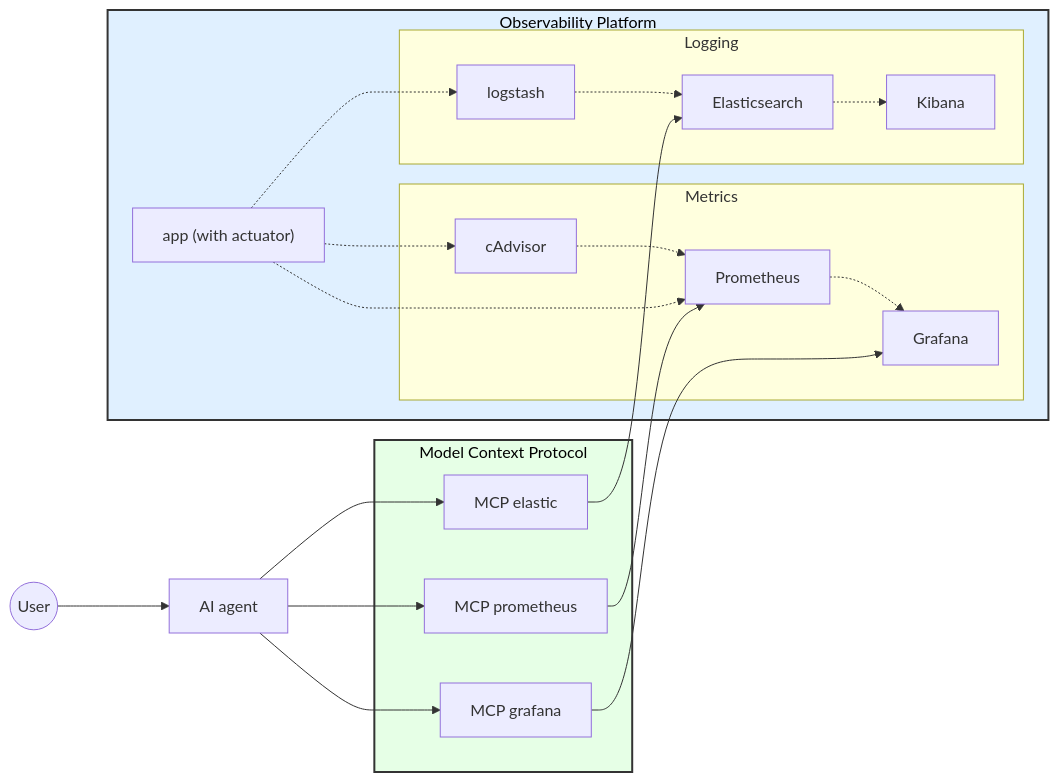
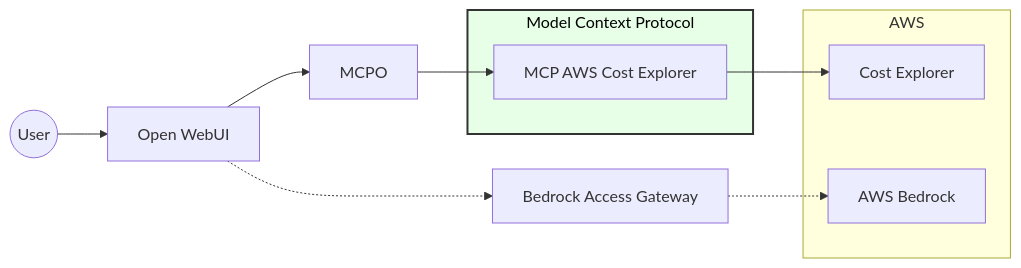
One commit to sheyko94/mcpo changed the diagram in README.md. Above: the diagram before and after it, drawn with Mermaid. The commit also changed other lines of this file and 4 other files, not shown here.

Commit message:
MCP AWS Cost Explorer

````diff
--- a/README.md
+++ b/README.md
@@ -9,60 +5,36 @@
 ```mermaid
 flowchart LR
-  %% Styling
-  classDef observability fill:#e0f0ff,stroke:#333,stroke-width:2px,color:#000
   classDef mcp fill:#e6ffe6,stroke:#333,stroke-width:2px,color:#000
 
-  %% Left side: Observability Platform
-  subgraph Observability[Observability Platform]
-    app["app (with actuator)"]
-    
-    subgraph Metrics
-      cadvisor["cAdvisor"]
-      prom["Prometheus"]
-      graf["Grafana"]
-    end
-
-    subgraph Logging
-      logstash["logstash"]
-      es["Elasticsearch"]
-      kib["Kibana"]
-    end
-
-    %% Internal observability connections
-    app -.-> logstash
-    app -.-> cadvisor
-    cadvisor -.-> prom
-    app -.-> prom
-    logstash -.-> es
-    prom -.-> graf
-    es -.-> kib
+  subgraph AWS
+      aws_cost_explorer["Cost Explorer"]
   end
 
-  %% Middle: MCP Layer
   subgraph MCP[Model Context Protocol]
-    mcp_prom["MCP prometheus"]
-    mcp_es["MCP elastic"]
-    mcp_graf["MCP grafana"]
+    mcp_aws_cost_explorer["MCP AWS Cost Explorer"]
+  end
+
+   subgraph AWS[AWS]
+    mcp_aws_cost_explorer["MCP AWS Cost Explorer"]
+    aws_bedrock["AWS Bedrock"]
   end
 
   %% Right side: Standalone elements
   user(("User"))
-  agent["AI agent"]
-  user --> agent
+  open_webui["Open WebUI"]
+  mcpo["MCPO"]
+  bag["Bedrock Access Gateway"]
 
-  %% Cross-layer connections
-  mcp_es --> es
-  mcp_prom --> prom
-  mcp_graf --> graf
-  
-  agent --> mcp_es & mcp_prom & mcp_graf
+  user --> open_webui
+  open_webui -.-> bag
+  bag -.-> aws_bedrock
+  open_webui --> mcpo
+  mcpo --> mcp_aws_cost_explorer
+  mcp_aws_cost_explorer --> aws_cost_explorer
 
   %% Apply styles
   class Observability observability
   class MCP mcp
 
 
-
-
-
 ```
````
